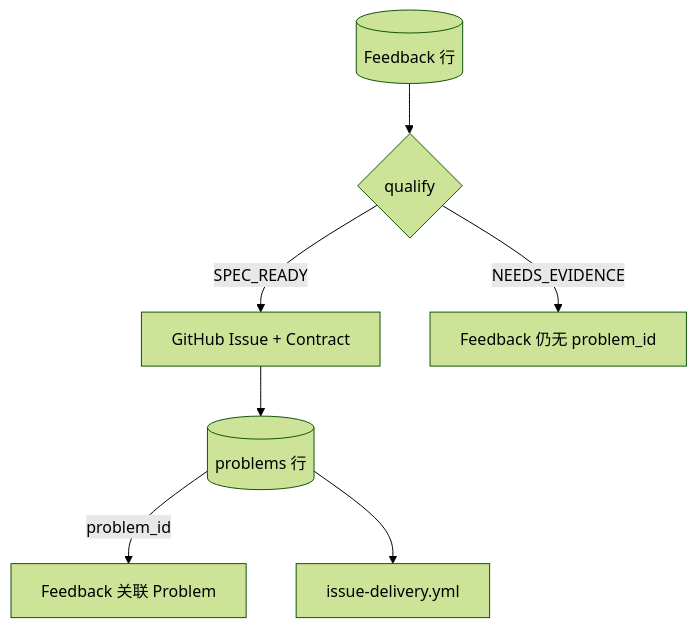
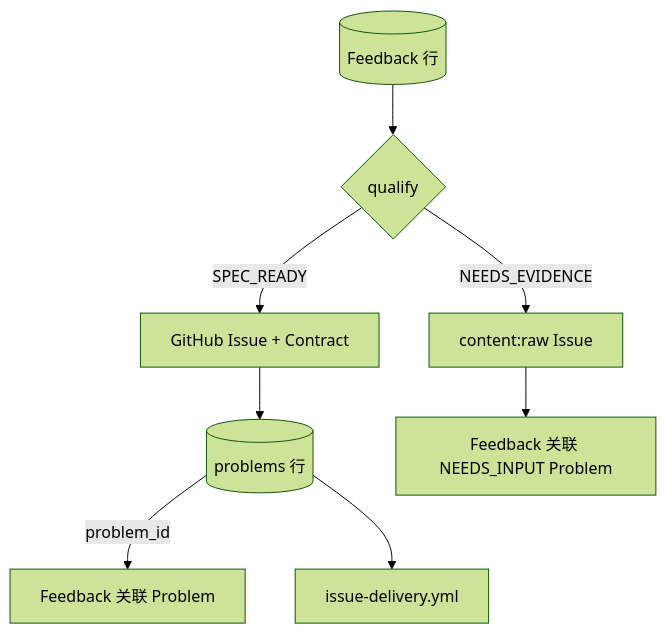
The fourth of 5 diagrams in .github/workflows/feedback-intake.yml.md (liuzhuang/signalpatch), drawn with Mermaid (forest theme) before and after one commit. The commit also changed other lines of this file and 24 other files, not shown here.

First line of the commit message:
feat(issue-lifecycle): 统一 Issue raw/processed 生命周期并显式 dispatch Delivery

````diff
--- a/.github/workflows/feedback-intake.yml.md
+++ b/.github/workflows/feedback-intake.yml.md
@@ -580,13 +576,14 @@
 ```mermaid
 flowchart TD
   FB[(Feedback 行)]
   Q{qualify}
   ISS[GitHub Issue + Contract]
   PR[(problems 行)]
   FB --> Q
-  Q -->|NEEDS_EVIDENCE| FB2[Feedback 仍无 problem_id]
+  Q -->|NEEDS_EVIDENCE| RAW[content:raw Issue]
+  RAW --> FB2[Feedback 关联 NEEDS_INPUT Problem]
   Q -->|SPEC_READY| ISS
   ISS --> PR
   PR -->|problem_id| FB3[Feedback 关联 Problem]
   PR --> D[issue-delivery.yml]
 ```
````
